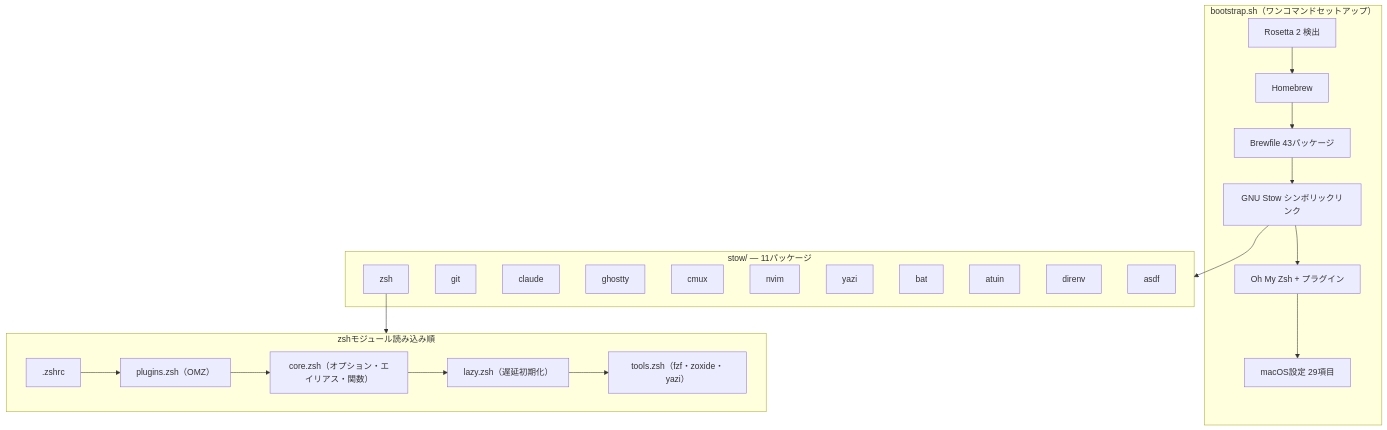
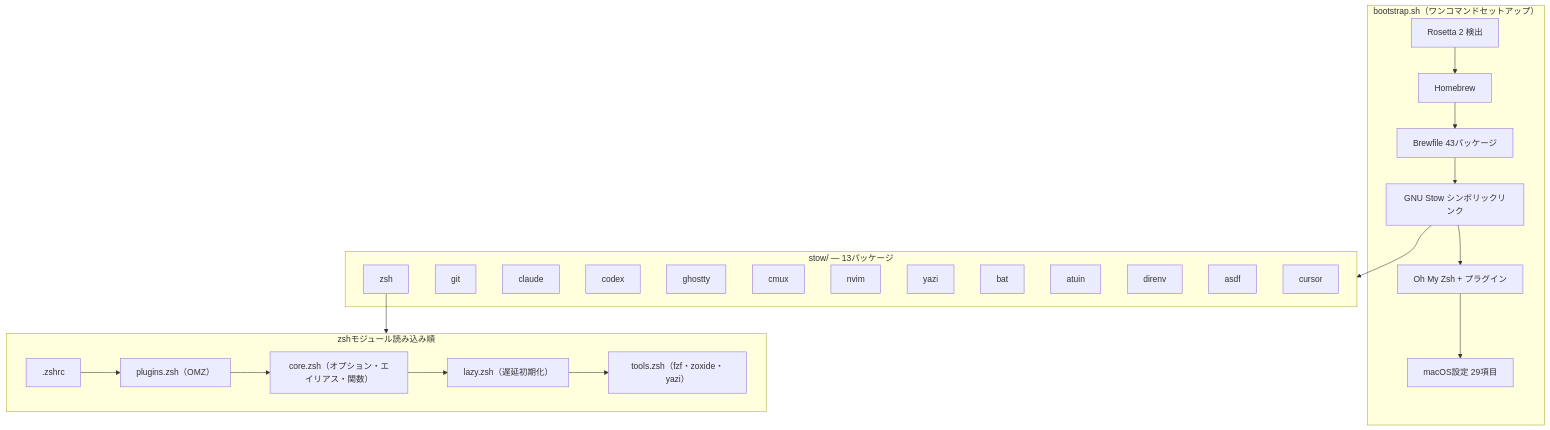
Before and after one commit to otake-shol/dotfiles: the diagram in README.md, drawn with Mermaid. The commit also changed other lines of this file and 9 other files, not shown here.

````diff
--- a/README.md
+++ b/README.md
@@ -53,34 +54,36 @@
 ```mermaid
 graph TB
     subgraph bootstrap["bootstrap.sh（ワンコマンドセットアップ）"]
         B1[Rosetta 2 検出] --> B2[Homebrew]
         B2 --> B3[Brewfile 43パッケージ]
         B3 --> B4[GNU Stow シンボリックリンク]
         B4 --> B5[Oh My Zsh + プラグイン]
         B5 --> B6[macOS設定 29項目]
     end
 
-    subgraph stow["stow/ — 11パッケージ"]
+    subgraph stow["stow/ — 13パッケージ"]
         S1[zsh]
         S2[git]
         S3[claude]
-        S4[ghostty]
-        S5[cmux]
-        S6[nvim]
-        S7[yazi]
-        S8[bat]
-        S9[atuin]
-        S10[direnv]
-        S11[asdf]
+        S4[codex]
+        S5[ghostty]
+        S6[cmux]
+        S7[nvim]
+        S8[yazi]
+        S9[bat]
+        S10[atuin]
+        S11[direnv]
+        S12[asdf]
+        S13[cursor]
     end
 
     subgraph shell["zshモジュール読み込み順"]
         Z1[".zshrc"] --> Z2["plugins.zsh（OMZ）"]
         Z2 --> Z3["core.zsh（オプション・エイリアス・関数）"]
         Z3 --> Z4["lazy.zsh（遅延初期化）"]
         Z4 --> Z5["tools.zsh（fzf・zoxide・yazi）"]
     end
 
     B4 --> stow
     S1 --> shell
 ```
````
